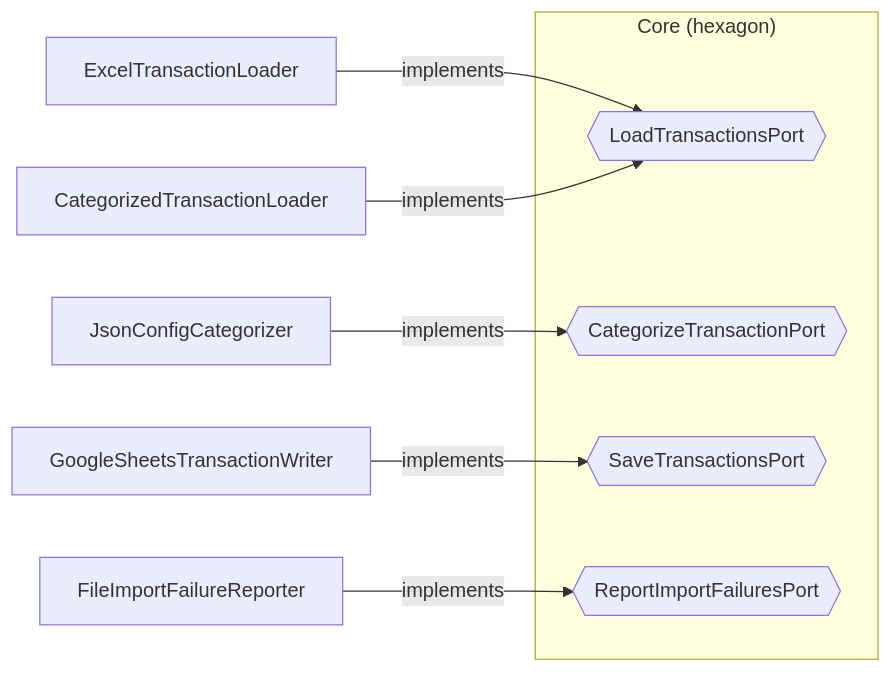
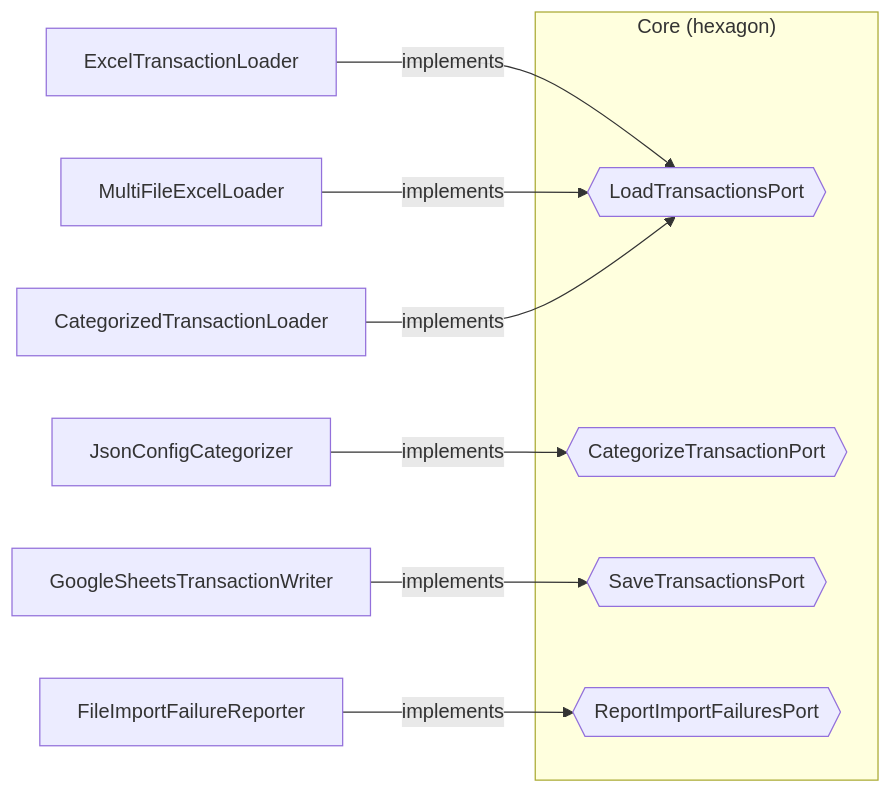
Before and after one commit to fterraneo/calcifer: the diagram in README.md, drawn with Mermaid. The commit also changed other lines of this file and 1 other file, not shown here.

Commit message:
Wire MultiFileExcelLoader in main and document multi-file input

````diff
--- a/README.md
+++ b/README.md
@@ -60,15 +60,16 @@
 ```mermaid
 flowchart LR
   subgraph CORE["Core (hexagon)"]
     LP{{LoadTransactionsPort}}
     CP{{CategorizeTransactionPort}}
     SP{{SaveTransactionsPort}}
     RP{{ReportImportFailuresPort}}
   end
 
   ExcelTransactionLoader -- implements --> LP
+  MultiFileExcelLoader -- implements --> LP
   CategorizedTransactionLoader -- implements --> LP
   JsonConfigCategorizer -- implements --> CP
   GoogleSheetsTransactionWriter -- implements --> SP
   FileImportFailureReporter -- implements --> RP
 ```
````
